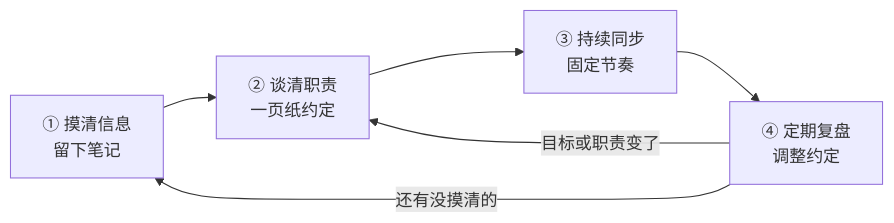
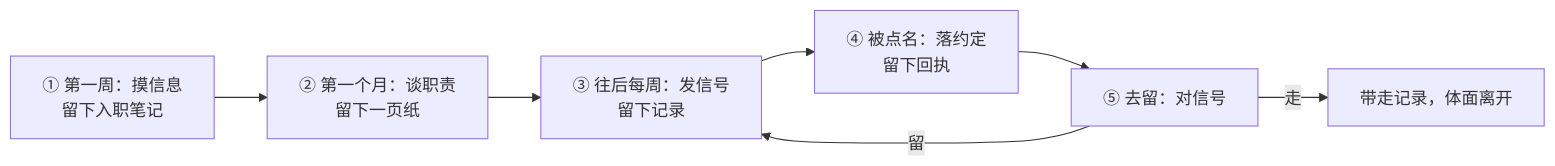
Before and after one commit to cheneyzhang93/blog: the first of 2 diagrams in _posts/2026-09-24-newcomer-onboarding-sop.md, drawn with Mermaid. The commit also changed other lines of this file, not shown here.

````diff
--- a/_posts/2026-09-24-newcomer-onboarding-sop.md
+++ b/_posts/2026-09-24-newcomer-onboarding-sop.md
@@ -62,7 +25,9 @@
 ```mermaid
 flowchart LR
-    C["① 摸清信息<br/>留下笔记"] --> A["② 谈清职责<br/>一页纸约定"]
-    A --> S["③ 持续同步<br/>固定节奏"] --> R["④ 定期复盘<br/>调整约定"]
-    R -->|"目标或职责变了"| A
-    R -->|"还有没摸清的"| C
+    A["① 第一周：摸信息<br/>留下入职笔记"] --> B["② 第一个月：谈职责<br/>留下一页纸"]
+    B --> S["③ 往后每周：发信号<br/>留下记录"]
+    S --> E["④ 被点名：落约定<br/>留下回执"]
+    E --> J["⑤ 去留：对信号"]
+    J -->|"留"| S
+    J -->|"走"| Z["带走记录，体面离开"]
 ```
````
